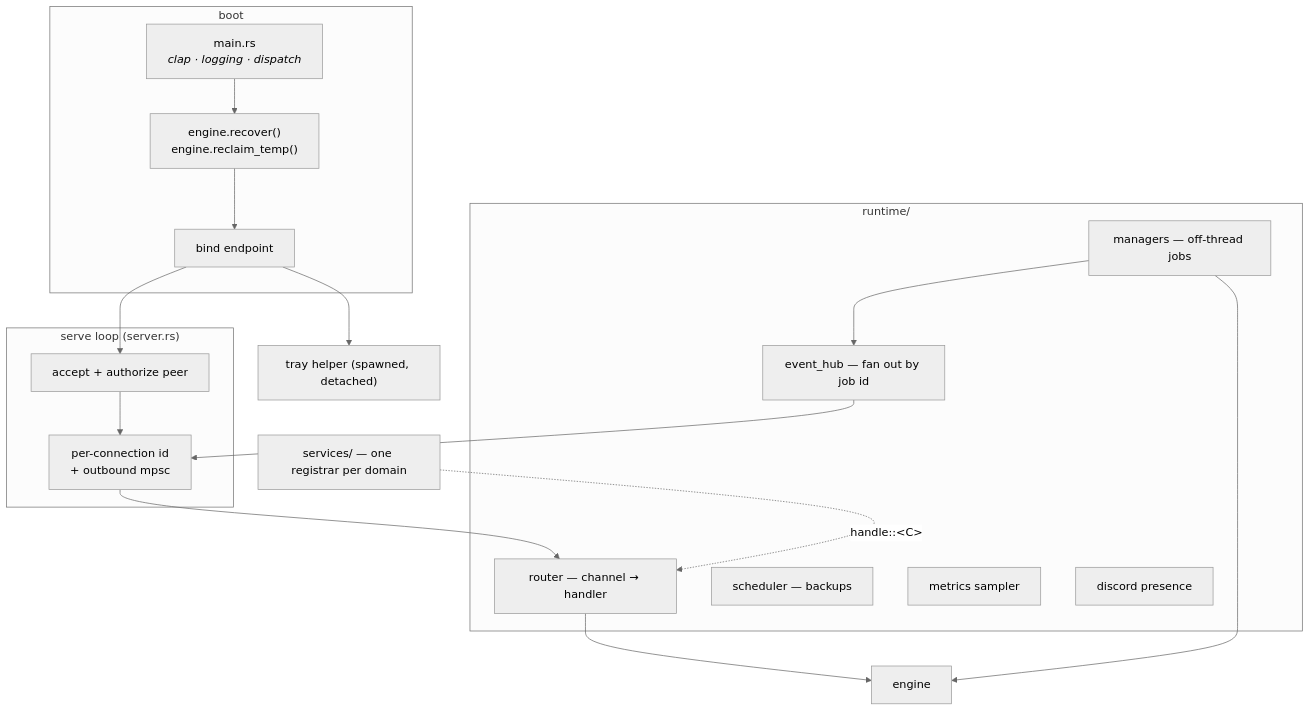
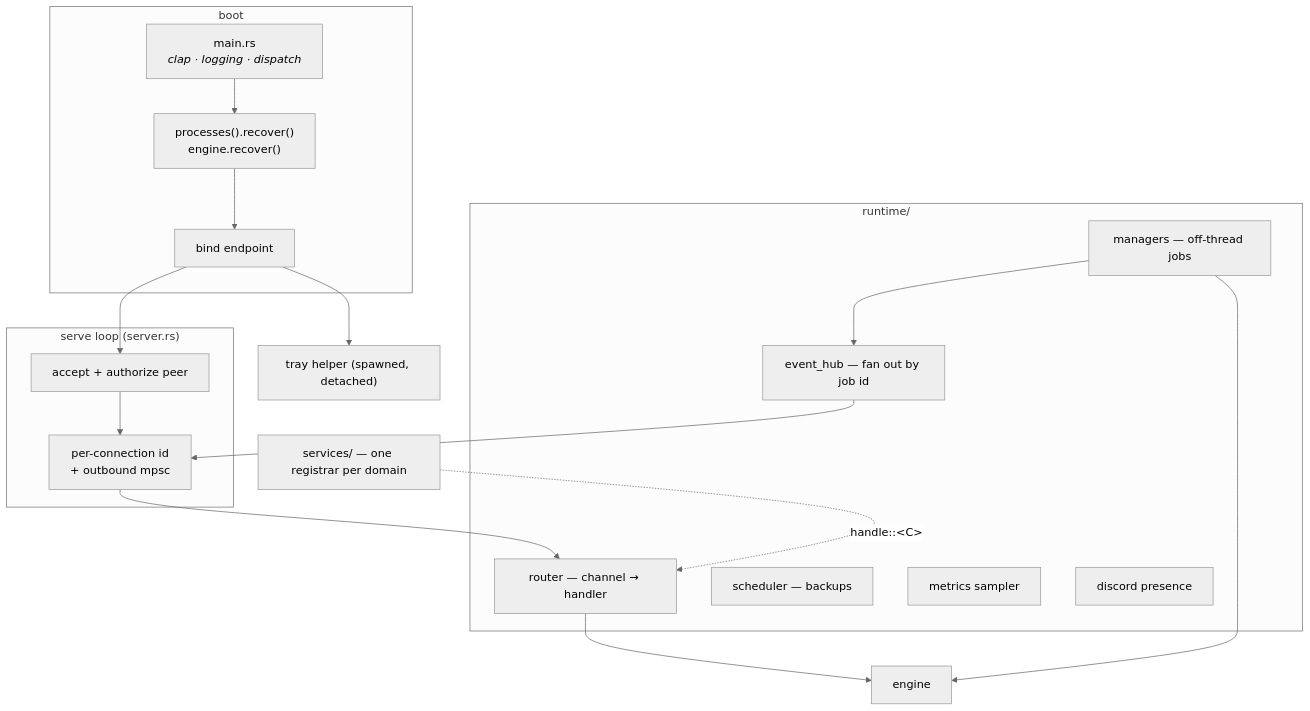
The first of 2 diagrams in docs/architecture/daemon.md (prytaneum/hestia), drawn with Mermaid (neutral theme) before and after one commit. The commit also changed 16 other files, not shown here.

Commit message:
docs(architecture): match the code after the audit refactors

````diff
--- a/docs/architecture/daemon.md
+++ b/docs/architecture/daemon.md
@@ -10,33 +10,33 @@
 ```mermaid
 flowchart TB
     subgraph boot["boot"]
         MAIN["main.rs<br/><i>clap · logging · dispatch</i>"]
-        REC["engine.recover()<br/>engine.reclaim_temp()"]
+        REC["processes().recover()<br/>engine.recover()"]
         BIND["bind endpoint"]
     end
 
     subgraph loop["serve loop (server.rs)"]
         ACC["accept + authorize peer"]
         CONN["per-connection id<br/>+ outbound mpsc"]
     end
 
     subgraph rt["runtime/"]
         ROUTER["router — channel → handler"]
         HUB["event_hub — fan out by job id"]
         MGRS["managers — off-thread jobs"]
         SCHED["scheduler — backups"]
         METR["metrics sampler"]
         PRES["discord presence"]
     end
 
     SVC["services/ — one registrar per domain"]
     ENG["engine"]
     TRAY["tray helper (spawned, detached)"]
 
     MAIN --> REC --> BIND --> ACC --> CONN --> ROUTER
     BIND --> TRAY
     SVC -.->|"handle::&lt;C&gt;"| ROUTER
     ROUTER --> ENG
     MGRS --> ENG
     MGRS --> HUB --> CONN
 ```
````
